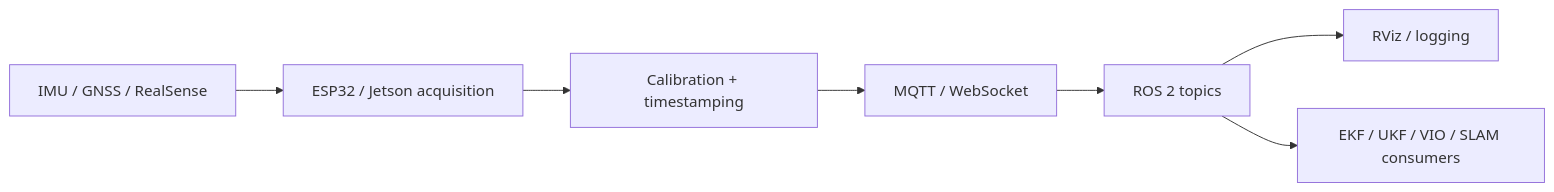
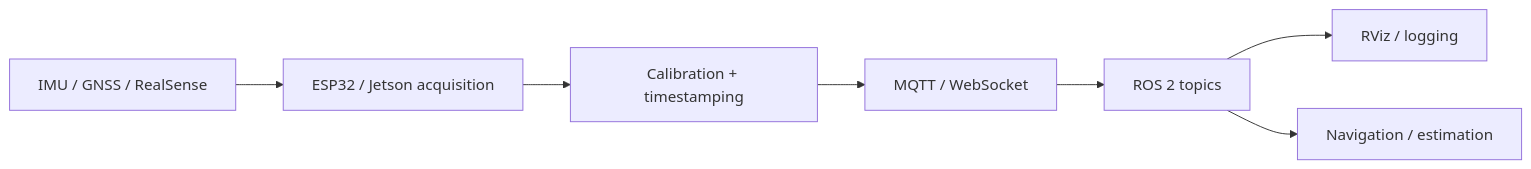
Before and after one commit to kosmicplane/SenDiMoniProg-IMU: the diagram in README.md, drawn with Mermaid. The commit also changed other lines of this file, not shown here.

````diff
--- a/README.md
+++ b/README.md
@@ -42,9 +34,9 @@
 ```mermaid
 flowchart LR
     A[IMU / GNSS / RealSense] --> B[ESP32 / Jetson acquisition]
     B --> C[Calibration + timestamping]
     C --> D[MQTT / WebSocket]
     D --> E[ROS 2 topics]
     E --> F[RViz / logging]
-    E --> G[EKF / UKF / VIO / SLAM consumers]
+    E --> G[Navigation / estimation]
 ```
````
